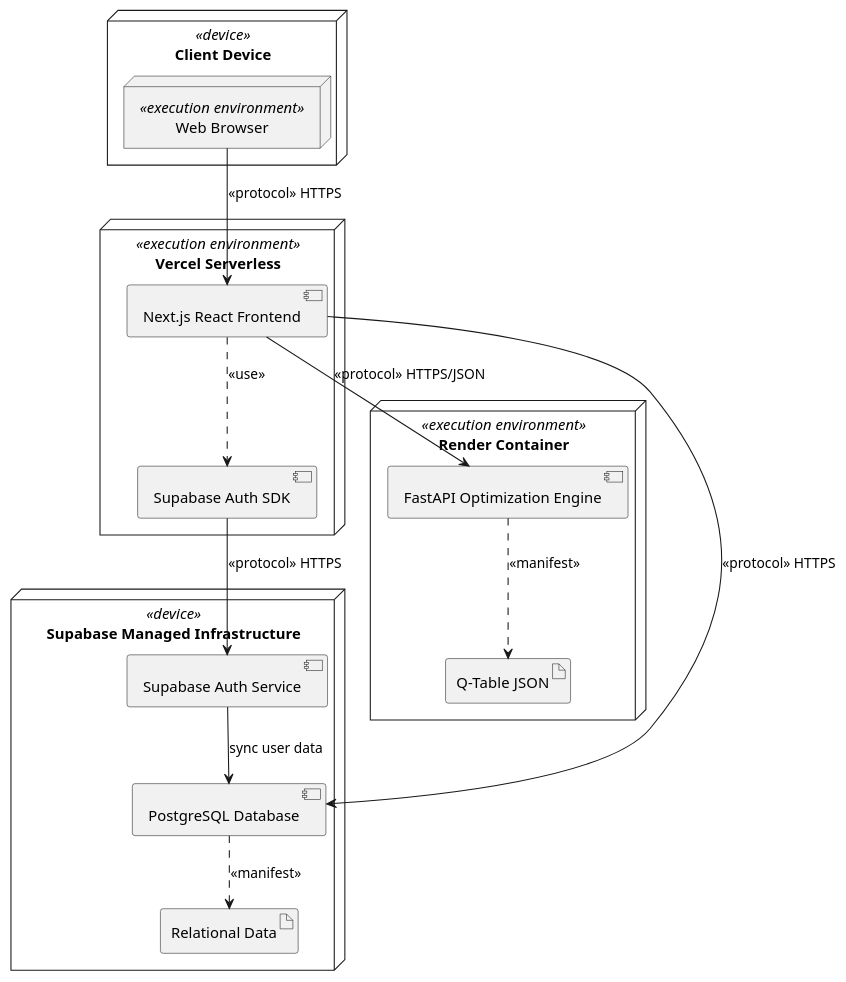
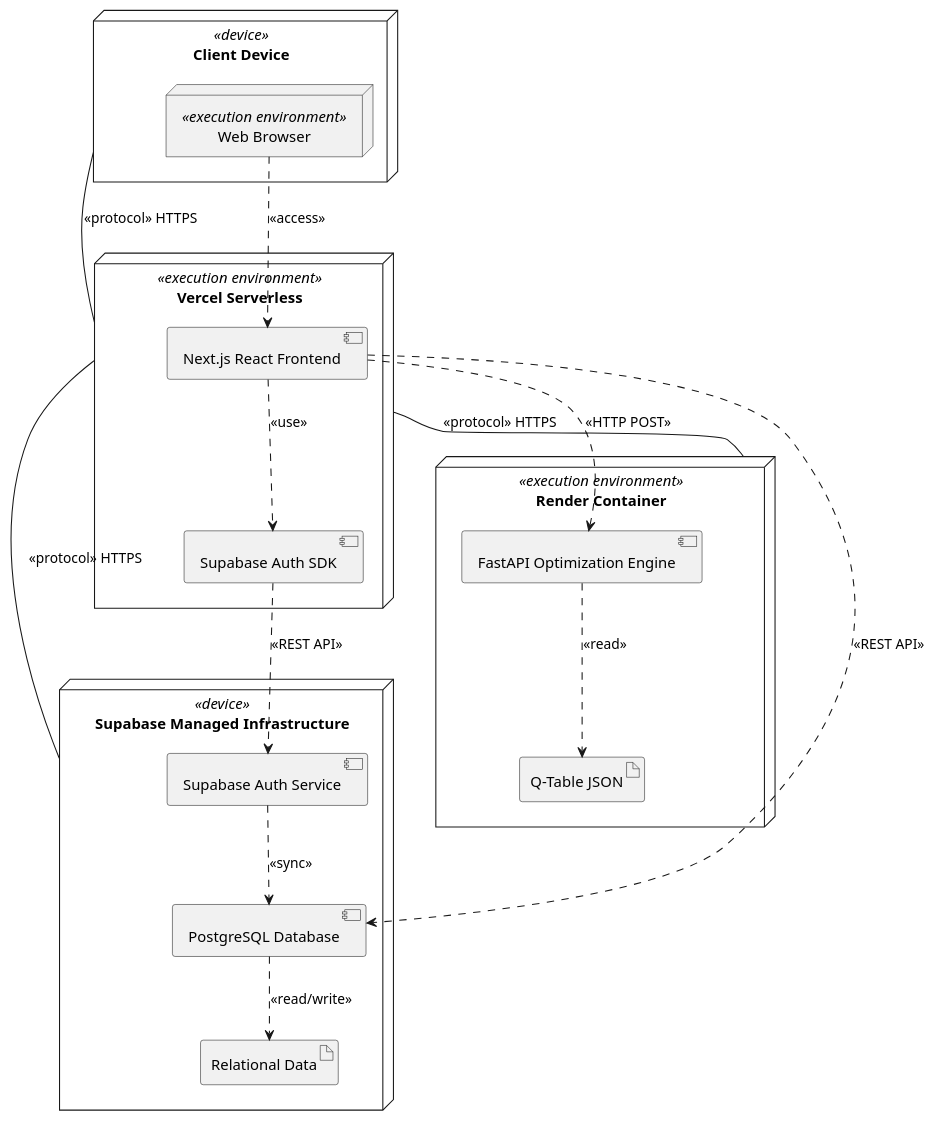
One commit to dvydinh/mechdrive changed the diagram in docs/uml/deployment.puml. Above: the diagram before and after it, drawn with PlantUML. The commit also changed 1 other file, not shown here.

Commit message:
sua uml deployment

```diff
--- a/docs/uml/deployment.puml
+++ b/docs/uml/deployment.puml
@@ -1,37 +1,42 @@
 @startuml
 skinparam componentStyle uml2
-skinparam nodesep 50
-skinparam ranksep 50
+skinparam nodesep 60
+skinparam ranksep 60
 
-node "Client Device" <<device>> {
-    node "Web Browser" <<execution environment>> {
-    }
+node "Client Device" <<device>> as clientNode {
+    node "Web Browser" <<execution environment>> as browserEnv
 }
 
-node "Vercel Serverless" <<execution environment>> {
+node "Vercel Serverless" <<execution environment>> as vercelNode {
     component "Next.js React Frontend" as UI_Comp
     component "Supabase Auth SDK" as Auth_Comp
     UI_Comp ..> Auth_Comp : <<use>>
 }
 
-node "Render Container" <<execution environment>> {
+node "Render Container" <<execution environment>> as renderNode {
     component "FastAPI Optimization Engine" as API_Comp
     artifact "Q-Table JSON" as QTable
-    API_Comp ..> QTable : <<manifest>>
+    API_Comp ..> QTable : <<read>>
 }
 
-node "Supabase Managed Infrastructure" <<device>> {
+node "Supabase Managed Infrastructure" <<device>> as supaNode {
     component "Supabase Auth Service" as Auth_Svc
     component "PostgreSQL Database" as DB_Comp
     artifact "Relational Data" as Storage
     
-    DB_Comp ..> Storage : <<manifest>>
-    Auth_Svc --> DB_Comp : sync user data
+    DB_Comp ..> Storage : <<read/write>>
+    Auth_Svc ..> DB_Comp : <<sync>>
 }
 
-"Web Browser" --> UI_Comp : <<protocol>> HTTPS
-UI_Comp --> API_Comp : <<protocol>> HTTPS/JSON
-UI_Comp --> DB_Comp : <<protocol>> HTTPS
-Auth_Comp --> Auth_Svc : <<protocol>> HTTPS
+' Communication paths between nodes
+clientNode -- vercelNode : <<protocol>> HTTPS
+vercelNode -- renderNode : <<protocol>> HTTPS
+vercelNode -- supaNode : <<protocol>> HTTPS
+
+' Dependencies between components across boundaries
+browserEnv ..> UI_Comp : <<access>>
+UI_Comp ..> API_Comp : <<HTTP POST>>
+UI_Comp ..> DB_Comp : <<REST API>>
+Auth_Comp ..> Auth_Svc : <<REST API>>
 
 @enduml
```
